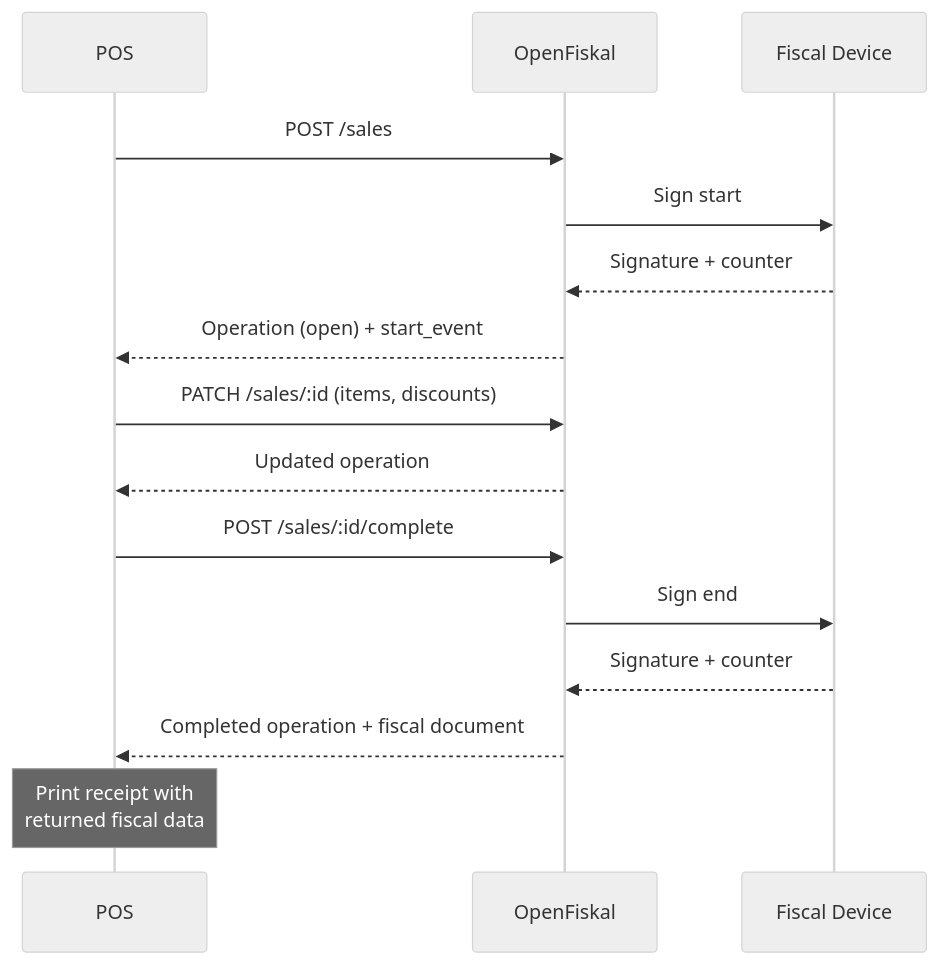
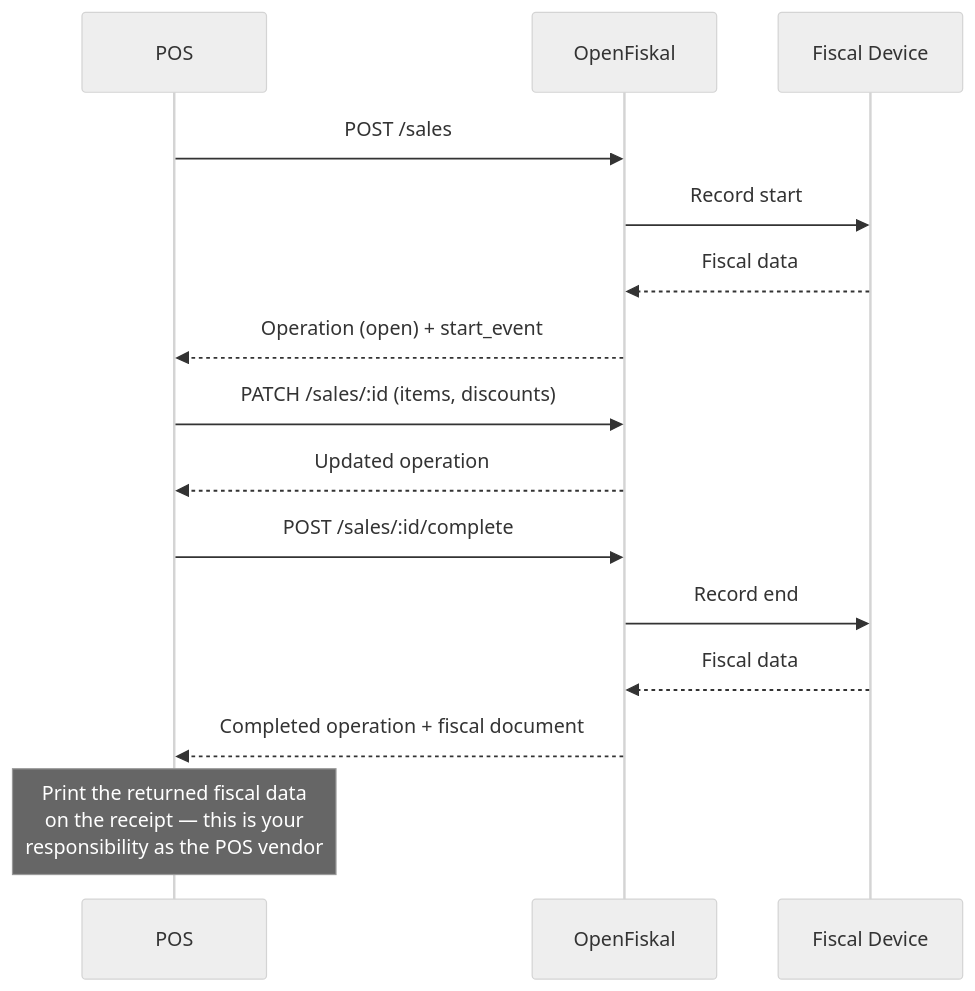
The diagram in pos-operation-ingestion.mdx (F-C-Corp/docs), drawn with Mermaid (neutral theme) before and after one commit. The commit also changed other lines of this file and 10 other files, not shown here.

````diff
--- a/pos-operation-ingestion.mdx
+++ b/pos-operation-ingestion.mdx
@@ -56,21 +83,21 @@
 ```mermaid
 sequenceDiagram
     participant POS
     participant OF as OpenFiskal
     participant FD as Fiscal Device
 
     POS->>OF: POST /sales
-    OF->>FD: Sign start
-    FD-->>OF: Signature + counter
+    OF->>FD: Record start
+    FD-->>OF: Fiscal data
     OF-->>POS: Operation (open) + start_event
 
     POS->>OF: PATCH /sales/:id (items, discounts)
     OF-->>POS: Updated operation
 
     POS->>OF: POST /sales/:id/complete
-    OF->>FD: Sign end
-    FD-->>OF: Signature + counter
+    OF->>FD: Record end
+    FD-->>OF: Fiscal data
     OF-->>POS: Completed operation + fiscal document
 
-    note over POS: Print receipt with<br/>returned fiscal data
+    note over POS: Print the returned fiscal data<br/>on the receipt — this is your<br/>responsibility as the POS vendor
 ```
````
